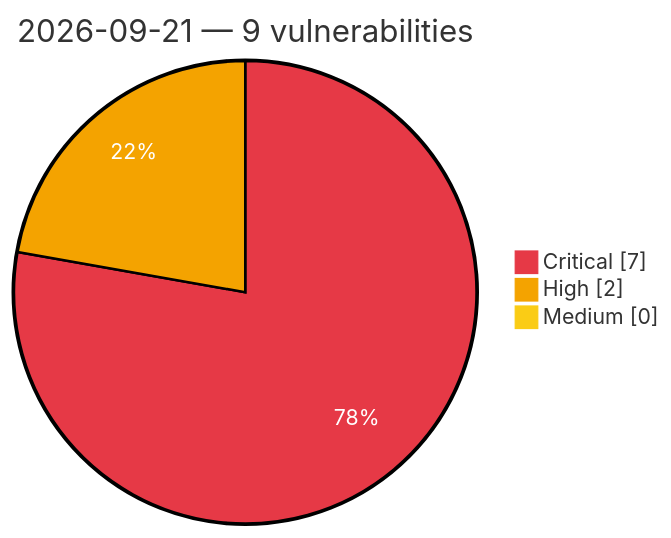
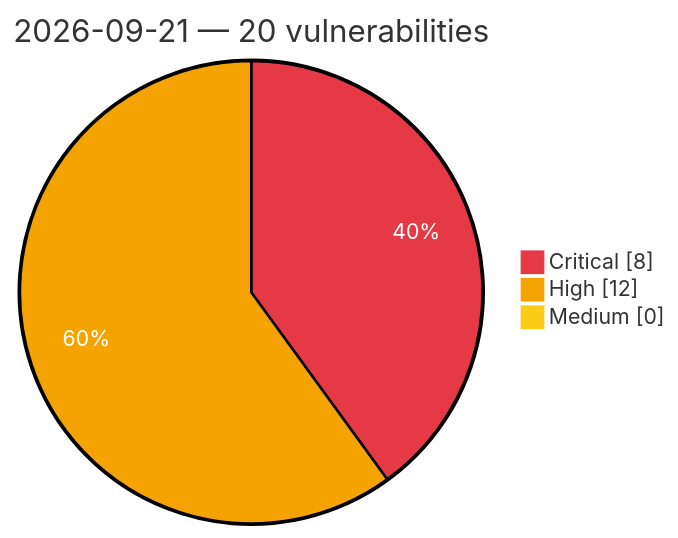
One commit to GhostX0X/vuln-tracker changed the diagram in vulnerabilities/2026/September/2026-09-21.md. Above: the diagram before and after it, drawn with Mermaid. The commit also changed other lines of this file and 5 other files, not shown here.

Commit message:
Auto update: critical/high vulns (2026-09-21 13:08 UTC)

````diff
--- a/vulnerabilities/2026/September/2026-09-21.md
+++ b/vulnerabilities/2026/September/2026-09-21.md
@@ -3,8 +3,8 @@
 ```mermaid
 %%{init: {'theme':'base', 'themeVariables': {'pie1':'#e63946', 'pie2':'#f4a300', 'pie3':'#facc15', 'pieOpacity':'1', 'pieOuterStrokeWidth':'2px', 'pieSectionTextColor':'#ffffff'}}}%%
 pie showData
-    title 2026-09-21 — 9 vulnerabilities
-    "Critical" : 7
-    "High" : 2
+    title 2026-09-21 — 20 vulnerabilities
+    "Critical" : 8
+    "High" : 12
     "Medium" : 0
 ```
````
